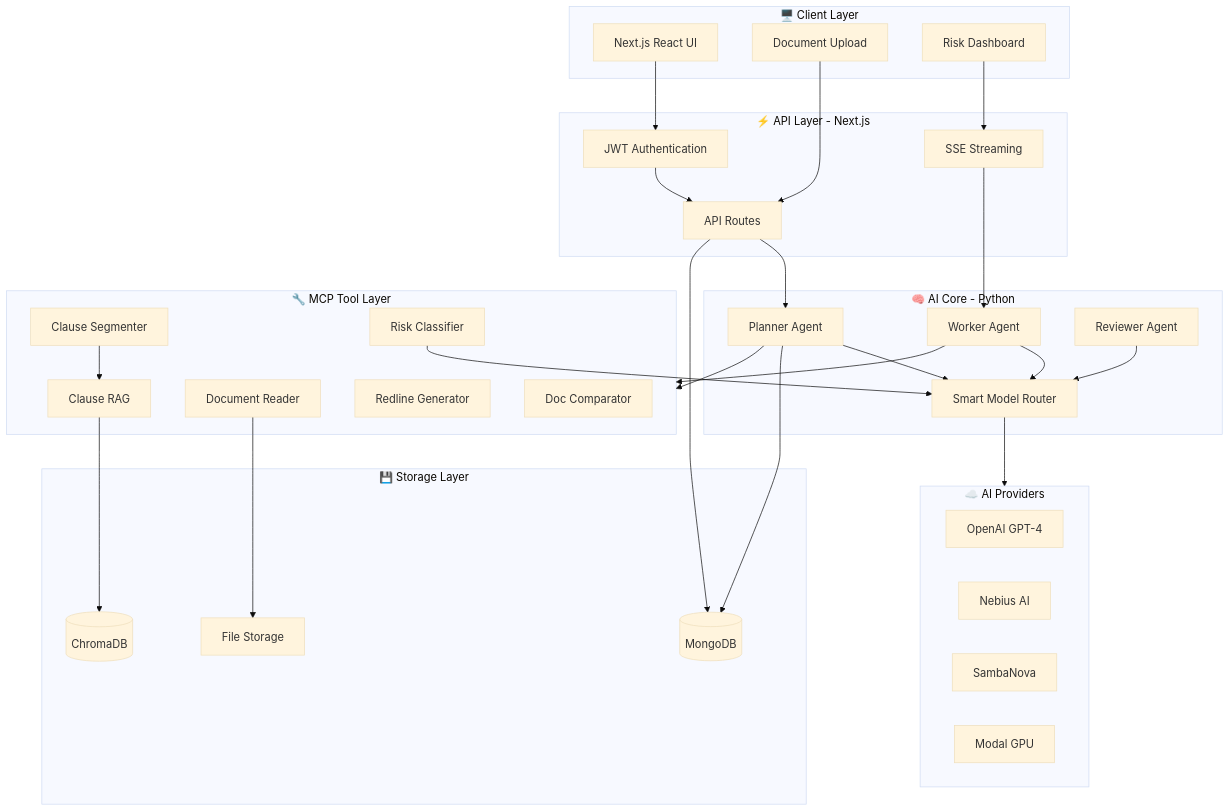
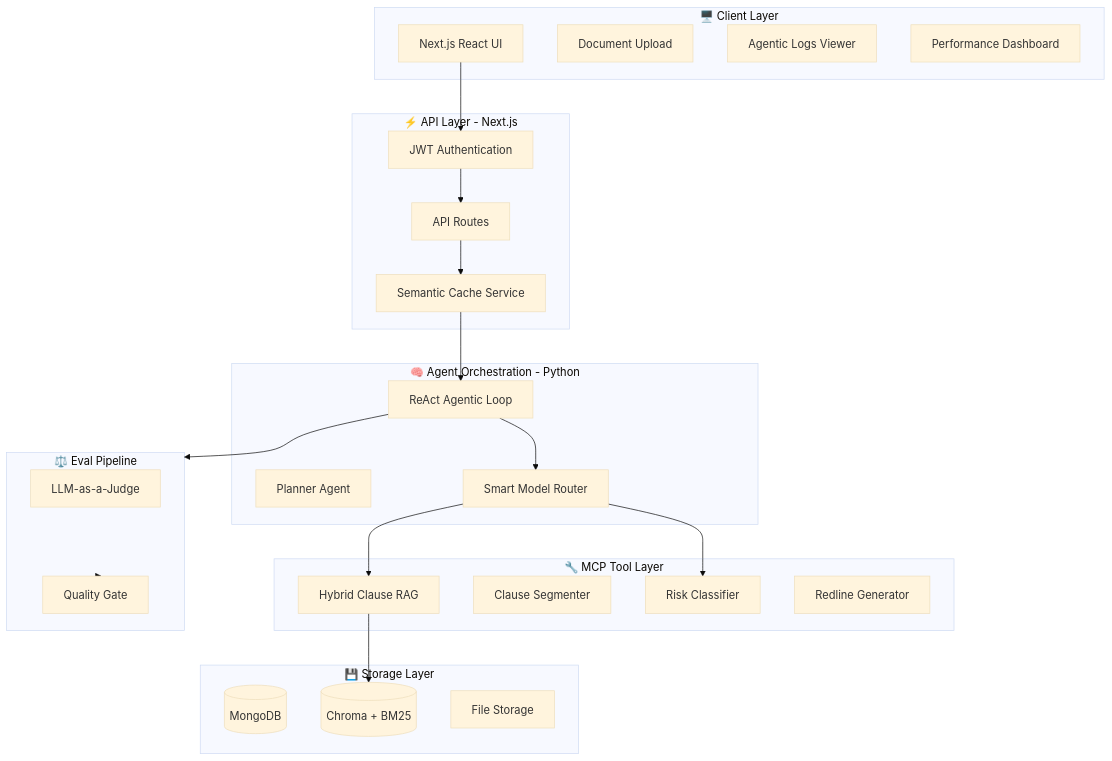
The diagram in README.md (MANASMATHUR/AutoLawyer-DocuIntel), drawn with Mermaid (base theme) before and after one commit. The commit also changed other lines of this file, not shown here.

````diff
--- a/README.md
+++ b/README.md
@@ -39,68 +39,53 @@
 ```mermaid
 flowchart TB
     subgraph Client["🖥️ Client Layer"]
         UI[Next.js React UI]
         Upload[Document Upload]
-        Dashboard[Risk Dashboard]
+        Logs[Agentic Logs Viewer]
+        Metrics[Performance Dashboard]
     end
 
     subgraph API["⚡ API Layer - Next.js"]
         Auth[JWT Authentication]
+        Cache[Semantic Cache Service]
         Routes[API Routes]
-        Stream[SSE Streaming]
     end
 
-    subgraph Core["🧠 AI Core - Python"]
+    subgraph Core["🧠 Agent Orchestration - Python"]
+        ReAct[ReAct Agentic Loop]
         Planner[Planner Agent]
-        Worker[Worker Agent]
-        Reviewer[Reviewer Agent]
         Router[Smart Model Router]
     end
 
     subgraph MCP["🔧 MCP Tool Layer"]
-        DocReader[Document Reader]
+        HybridRAG[Hybrid Clause RAG]
         Segmenter[Clause Segmenter]
-        RAG[Clause RAG]
         RiskClassifier[Risk Classifier]
         RedlineGen[Redline Generator]
-        Comparator[Doc Comparator]
+    end
+
+    subgraph Evaluation["⚖️ Eval Pipeline"]
+        Ragas[LLM-as-a-Judge]
+        Judge[Quality Gate]
     end
 
     subgraph Storage["💾 Storage Layer"]
         MongoDB[(MongoDB)]
-        ChromaDB[(ChromaDB)]
+        ChromaDB[(Chroma + BM25)]
         FileStore[File Storage]
     end
 
-    subgraph Providers["☁️ AI Providers"]
-        OpenAI[OpenAI GPT-4]
-        Nebius[Nebius AI]
-        SambaNova[SambaNova]
-        Modal[Modal GPU]
-    end
-
     UI --> Auth
-    Upload --> Routes
-    Dashboard --> Stream
+    Auth --> Routes
+    Routes --> Cache
+    Cache --> ReAct
     
-    Auth --> Routes
-    Routes --> Planner
-    Stream --> Worker
+    ReAct --> Router
+    Router --> HybridRAG
+    Router --> RiskClassifier
     
-    Planner --> Router
-    Worker --> Router
-    Reviewer --> Router
+    HybridRAG --> ChromaDB
     
-    Router --> Providers
-    
-    Planner --> MCP
-    Worker --> MCP
-    
-    DocReader --> FileStore
-    Segmenter --> RAG
-    RAG --> ChromaDB
-    RiskClassifier --> Router
-    
-    Routes --> MongoDB
-    Planner --> MongoDB
+    ReAct --> Evaluation
+    Evaluation --> Judge
 ```
````
